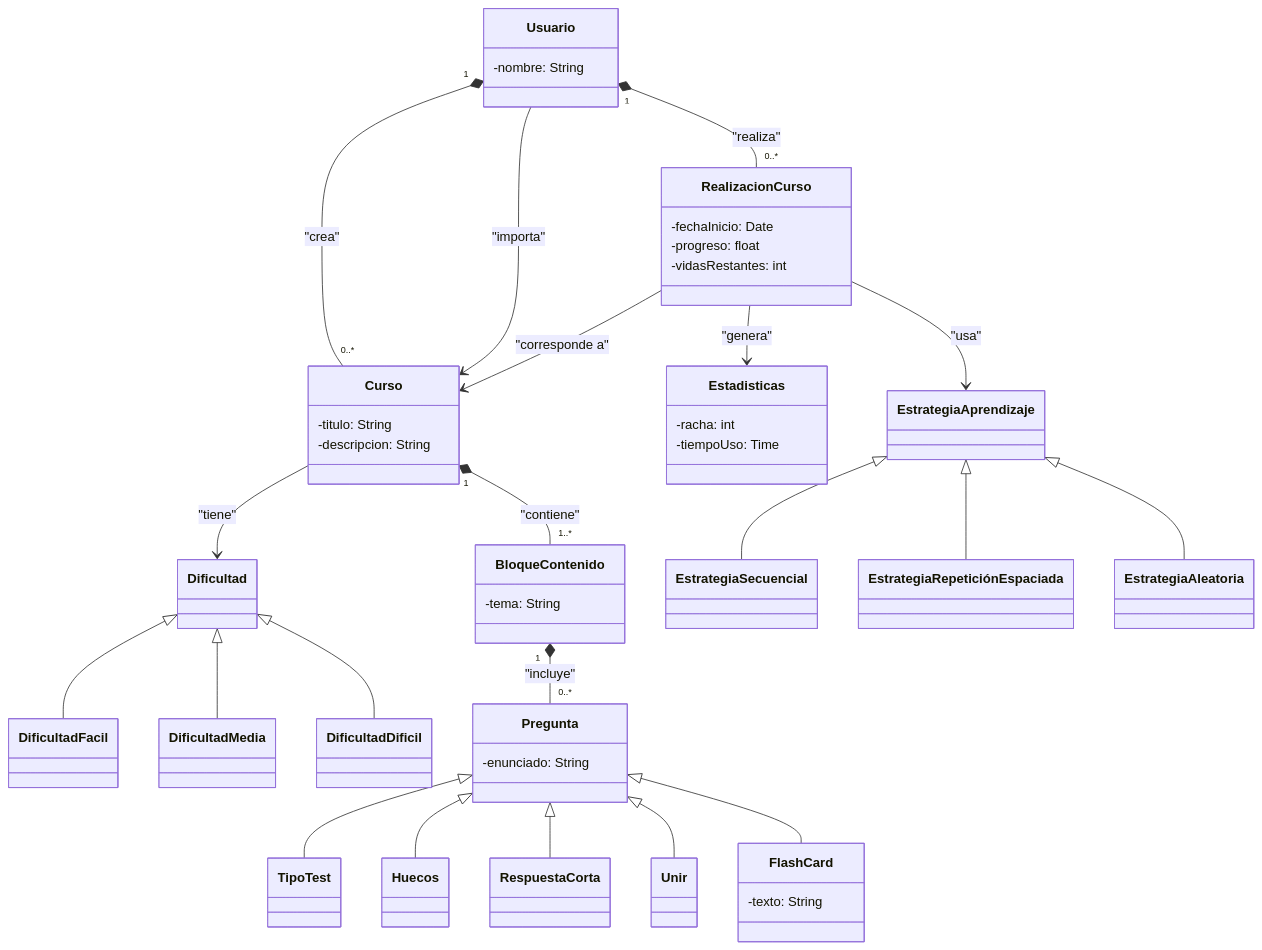
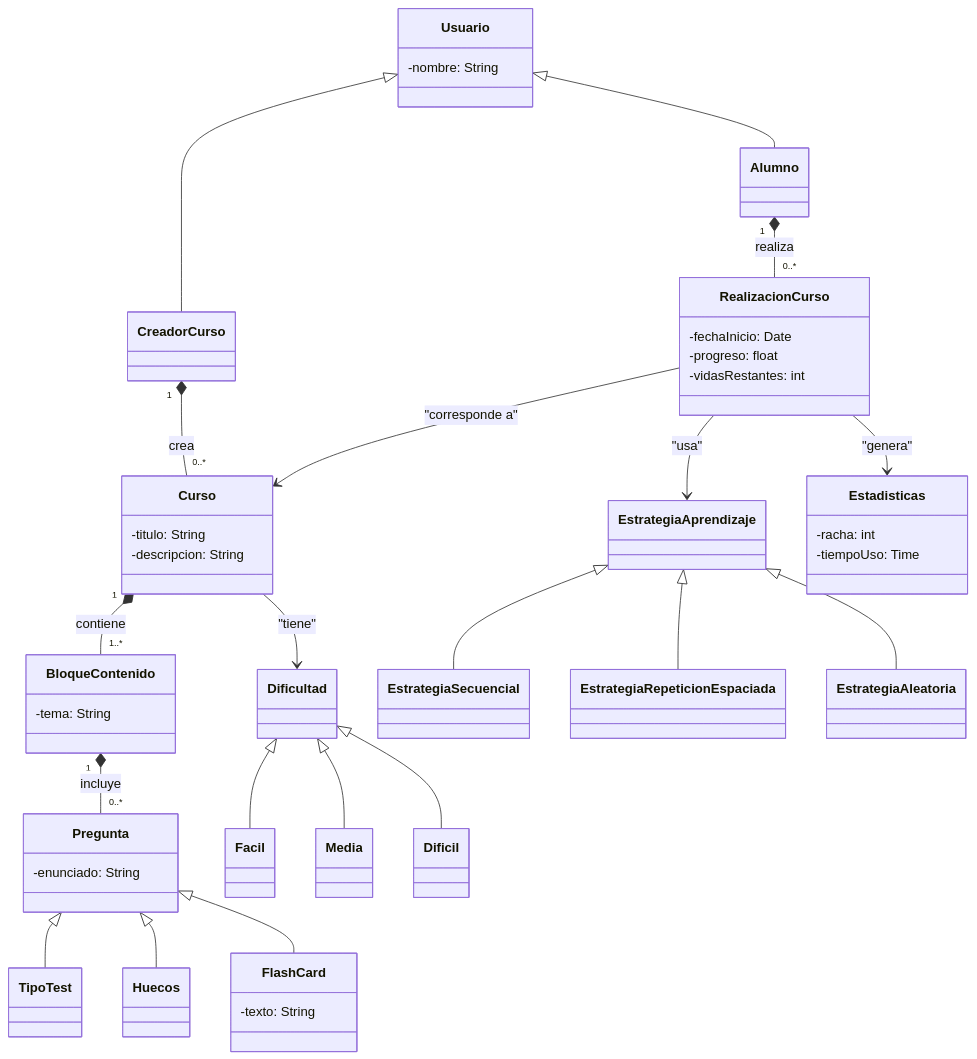
The diagram in diseño/modelo.md (gusgarzo/PDS-Proyecto), drawn with Mermaid before and after one commit.

````diff
--- a/diseño/modelo.md
+++ b/diseño/modelo.md
@@ -1,117 +1,74 @@
 ```mermaid
 classDiagram
-
-    %% Clases principales %%
-
+    %% --- Jerarquía de Usuario ---
     class Usuario {
         -nombre: String
     }
+    Usuario <|-- Alumno
+    Usuario <|-- CreadorCurso
 
+    %% --- Clases de Curso y Bloques ---
     class Curso {
         -titulo: String
         -descripcion: String
     }
+    class BloqueContenido {
+        -tema: String
+    }
+    class FlashCard {
+        -texto: String
+    }
 
+    %% --- Preguntas y Tipos ---
+    class Pregunta {
+        -enunciado: String
+    }
+    Pregunta <|-- TipoTest
+    Pregunta <|-- Huecos
+    Pregunta <|-- FlashCard
+
+    %% --- Dificultad y Estrategia ---
+    class Dificultad
+    Dificultad <|-- Facil
+    Dificultad <|-- Media
+    Dificultad <|-- Dificil
+
+    class EstrategiaAprendizaje
+    EstrategiaAprendizaje <|-- EstrategiaSecuencial
+    EstrategiaAprendizaje <|-- EstrategiaRepeticionEspaciada
+    EstrategiaAprendizaje <|-- EstrategiaAleatoria
+
+    %% --- Realización y Estadísticas ---
     class RealizacionCurso {
         -fechaInicio: Date
         -progreso: float
         -vidasRestantes: int
     }
-
     class Estadisticas {
         -racha: int
         -tiempoUso: Time
     }
 
-    class Dificultad {
-    }
+    %% --- Relaciones principales ---
 
-    class DificultadFacil {
-    }
+    %% Roles
+    CreadorCurso "1" *-- "0..*" Curso : crea
+    Alumno "1" *-- "0..*" RealizacionCurso : realiza
 
-    class DificultadMedia {
-    }
+    %% Curso y Bloques
+    Curso "1" *-- "1..*" BloqueContenido : contiene
+    BloqueContenido "1" *-- "0..*" Pregunta : incluye
 
-    class DificultadDificil {
-    }
-
-    class EstrategiaAprendizaje {
-    }
-
-    class Estrategia Secuencial {
-    }
-
-    class Estrategia Repetición Espaciada {
-    }
-
-
-    class Estrategia Aleatoria {
-    }
-
-    class BloqueContenido {
-        -tema: String
-    }
-
-    class Pregunta {
-        -enunciado: String
-    }
-
-    class TipoTest {
-    }
-
-    class Huecos {
-    }
-
-    class RespuestaCorta {
-    }
-
-    class Unir {
-    }
-
-    class FlashCard {
-        -texto: String
-    }
-
-    %% Relaciones entre clases %%
-
-    %% Usuario con Curso y RealizacionCurso %%
-    Usuario "1" *-- "0..*" Curso : "crea"
-    Usuario --> Curso : "importa"
-    Usuario "1" *-- "0..*" RealizacionCurso : "realiza"
-
-    %% RealizacionCurso con Curso %%
-    RealizacionCurso  -->Curso : "corresponde a"
-
-    %% RealizacionCurso con Estadisticas %%
-    RealizacionCurso  --> Estadisticas : "genera"
-
-    %% RealizacionCurso con EstrategiaAprendizaje %%
+    %% Realizacion y Curso
+    RealizacionCurso --> Curso : "corresponde a"
+    RealizacionCurso --> Estadisticas : "genera"
     RealizacionCurso --> EstrategiaAprendizaje : "usa"
 
-    %% Curso con Dificultad %%
-    Curso  -->  Dificultad : "tiene"
+    %% Curso y Dificultad
+    Curso --> Dificultad : "tiene"
 
-    Dificultad <|-- DificultadFacil
-    Dificultad <|-- DificultadMedia
-    Dificultad <|-- DificultadDificil
-
-    %% EstrategiaAprendizaje como jerarquía %%
-    EstrategiaAprendizaje <|-- Estrategia Secuencial
-    EstrategiaAprendizaje <|-- Estrategia Repetición Espaciada
-    EstrategiaAprendizaje <|-- Estrategia Aleatoria
-
-    %% Curso con BloqueContenido %%
-    Curso "1" *-- "1..*" BloqueContenido : "contiene"
-
-    %% BloqueContenido con Pregunta y FlashCard %%
-    BloqueContenido "1" *-- "0..*" Pregunta : "incluye"
-    
-
-    %% Jerarquía de Preguntas %%
-    Pregunta <|-- TipoTest
-    Pregunta <|-- Huecos
-    Pregunta <|-- RespuestaCorta
-    Pregunta <|-- Unir
-    Pregunta <|-- FlashCard
+    %% Notas:
+    %% - FlashCard hereda de Pregunta para mantener la lógica de pregunta intercalada.
+    %% - Puedes añadir más relaciones si necesitas comentarios, calificaciones, etc.
 
 ```
````
